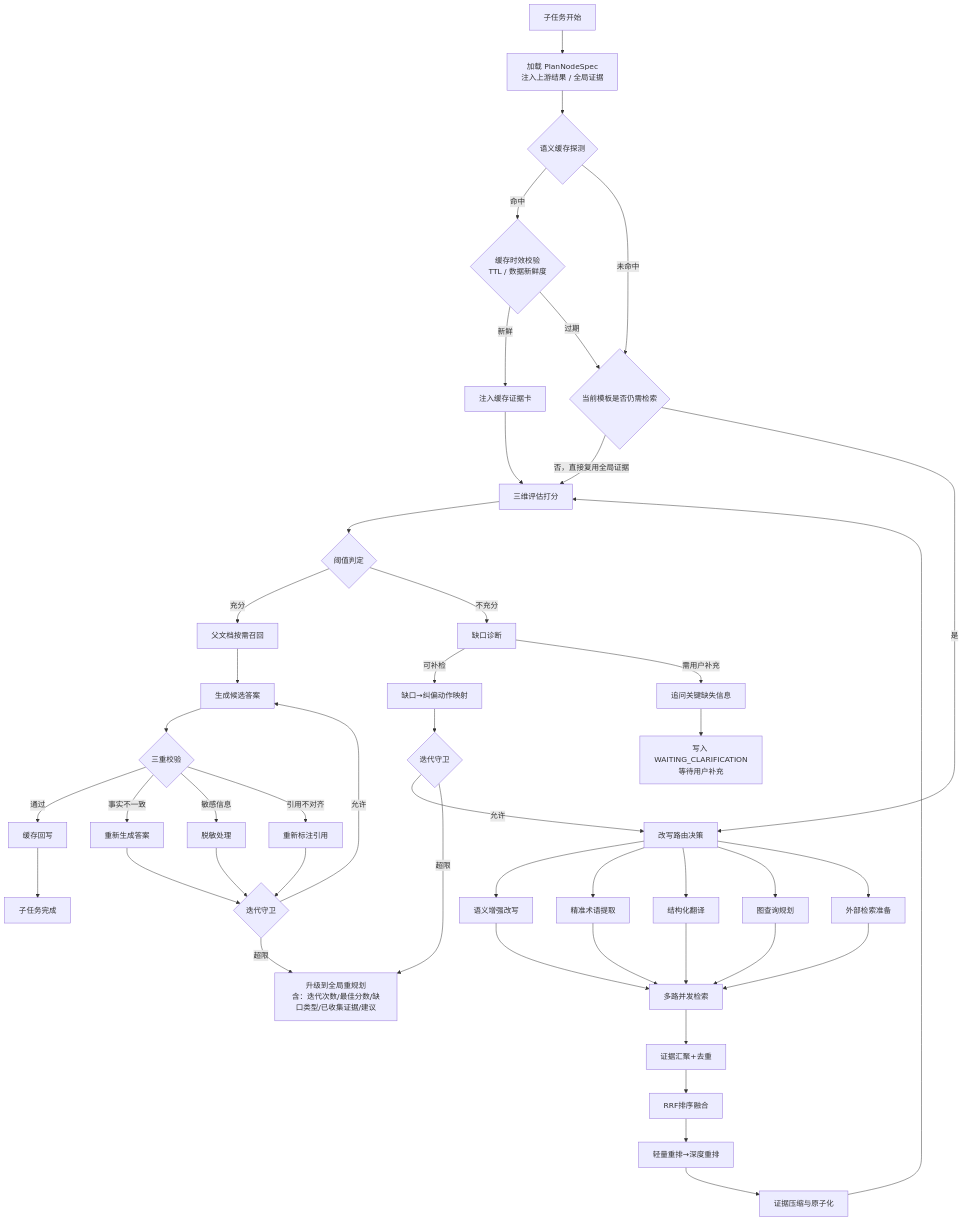
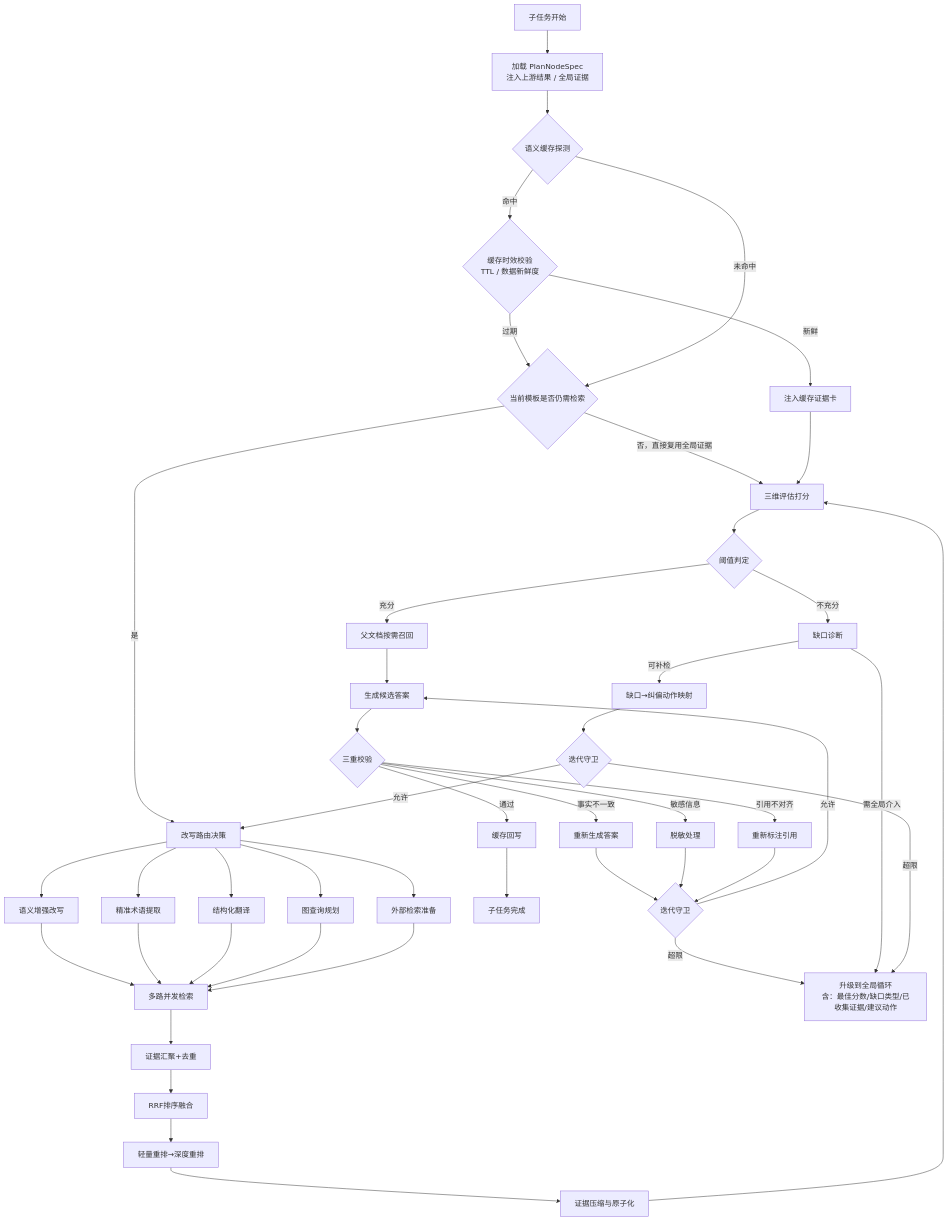
One commit to kkk935208447/learning_common_lib changed the fifth of 6 diagrams in src/learning_common_lib/案例/用户AgenticRAG检索/架构设计规划.md. Above: the diagram before and after it, drawn with Mermaid. The commit also changed other lines of this file and 1 other file, not shown here.

````diff
--- a/src/learning_common_lib/案例/用户AgenticRAG检索/架构设计规划.md
+++ b/src/learning_common_lib/案例/用户AgenticRAG检索/架构设计规划.md
@@ -919,48 +933,47 @@
 ```mermaid
 flowchart TD
     Start["子任务开始"] --> LoadSpec["加载 PlanNodeSpec<br/>注入上游结果 / 全局证据"]
     LoadSpec --> CacheProbe{"语义缓存探测"}
     CacheProbe -- "命中" --> FreshnessCheck{"缓存时效校验<br/>TTL / 数据新鲜度"}
     FreshnessCheck -- "新鲜" --> InjectEvidence["注入缓存证据卡"]
     FreshnessCheck -- "过期" --> NeedRetrieve{"当前模板是否仍需检索"}
     CacheProbe -- "未命中" --> NeedRetrieve
     NeedRetrieve -- "否，直接复用全局证据" --> EvalScore
     NeedRetrieve -- "是" --> RewriteRoute["改写路由决策"]
 
     RewriteRoute --> QV["语义增强改写"]
     RewriteRoute --> QK["精准术语提取"]
     RewriteRoute --> QS["结构化翻译"]
     RewriteRoute --> QG["图查询规划"]
     RewriteRoute --> QW["外部检索准备"]
 
     QV & QK & QS & QG & QW --> Retrieval["多路并发检索"]
     Retrieval --> Merge["证据汇聚+去重"]
     Merge --> Fusion["RRF排序融合"]
     Fusion --> Rerank["轻量重排→深度重排"]
     Rerank --> Compress["证据压缩与原子化"]
 
     Compress --> EvalScore["三维评估打分"]
     InjectEvidence --> EvalScore
     EvalScore --> Threshold{"阈值判定"}
 
     Threshold -- "充分" --> ParentHydration["父文档按需召回"]
     ParentHydration --> DraftClaims["生成候选答案"]
     DraftClaims --> Verify{"三重校验"}
     Verify -- "通过" --> CacheWrite["缓存回写"]
     CacheWrite --> Done["子任务完成"]
 
     Verify -- "事实不一致" --> RetryFactual["重新生成答案"]
     Verify -- "敏感信息" --> RetrySensitive["脱敏处理"]
     Verify -- "引用不对齐" --> RetryCitation["重新标注引用"]
     RetryFactual & RetrySensitive & RetryCitation --> LocalGuard2{"迭代守卫"}
     LocalGuard2 -- "允许" --> DraftClaims
     LocalGuard2 -- "超限" --> Escalate
 
     Threshold -- "不充分" --> GapDiag["缺口诊断"]
     GapDiag -- "可补检" --> GapMap["缺口→纠偏动作映射"]
-    GapDiag -- "需用户补充" --> Clarify["追问关键缺失信息"]
-    Clarify --> WaitClarify["写入 WAITING_CLARIFICATION<br/>等待用户补充"]
+    GapDiag -- "需全局介入" --> Escalate
     GapMap --> LocalGuard{"迭代守卫"}
     LocalGuard -- "允许" --> RewriteRoute
-    LocalGuard -- "超限" --> Escalate["升级到全局重规划<br/>含：迭代次数/最佳分数/缺口类型/已收集证据/建议"]
+    LocalGuard -- "超限" --> Escalate["升级到全局循环<br/>含：最佳分数/缺口类型/已收集证据/建议动作"]
 ```
````
